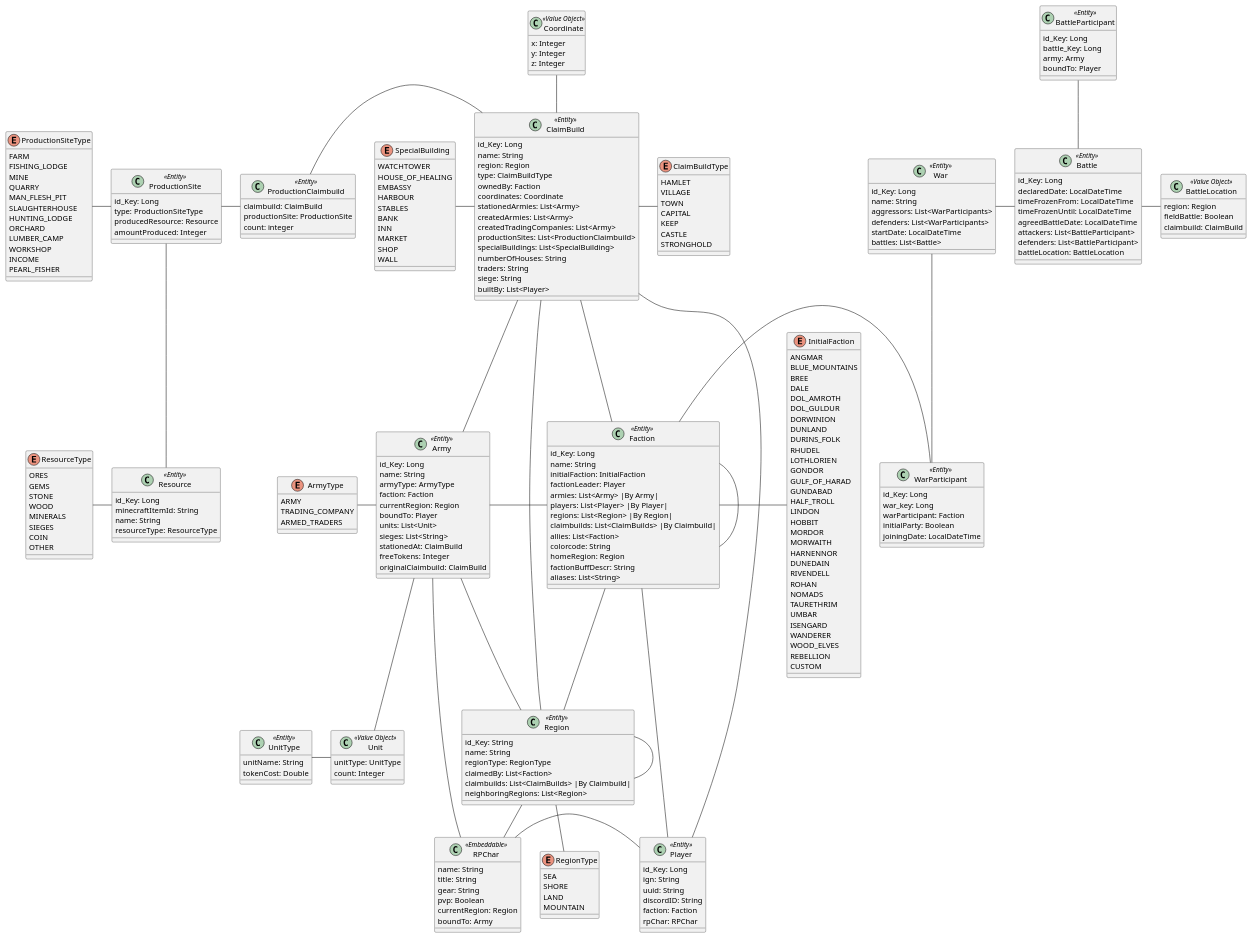
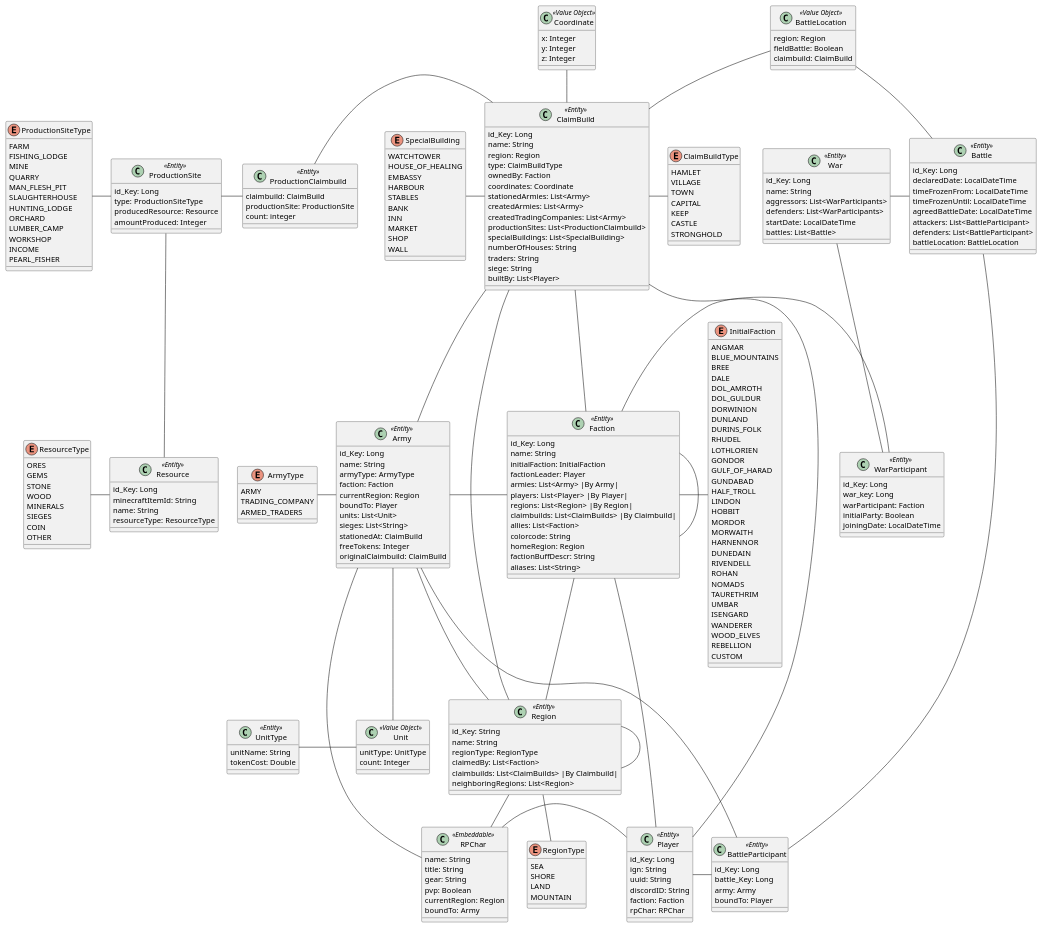
Before and after one commit to Team-KekX/Ardas-Legends-App: the diagram in src/main/puml/ArdasLegendsDomain.puml, drawn with PlantUML.

Commit message:
Added war-relations to puml

```diff
--- a/src/main/puml/ArdasLegendsDomain.puml
+++ b/src/main/puml/ArdasLegendsDomain.puml
@@ -264,12 +264,18 @@
 
 WarParticipant -up- War
 War -right- Battle
-Battle -right- BattleLocation
-Battle -up- BattleParticipant
+Battle -up- BattleLocation
+Battle -down- BattleParticipant
+BattleParticipant -left- Player
+BattleParticipant -left- Army
+
+
+
 ClaimBuild - Player
 ClaimBuild -right- ClaimBuildType
 ClaimBuild -up- Coordinate
 ClaimBuild - Army
+ClaimBuild -up- BattleLocation
 
 ProductionSite - ProductionClaimbuild
 ProductionSite -down- Resource
```
